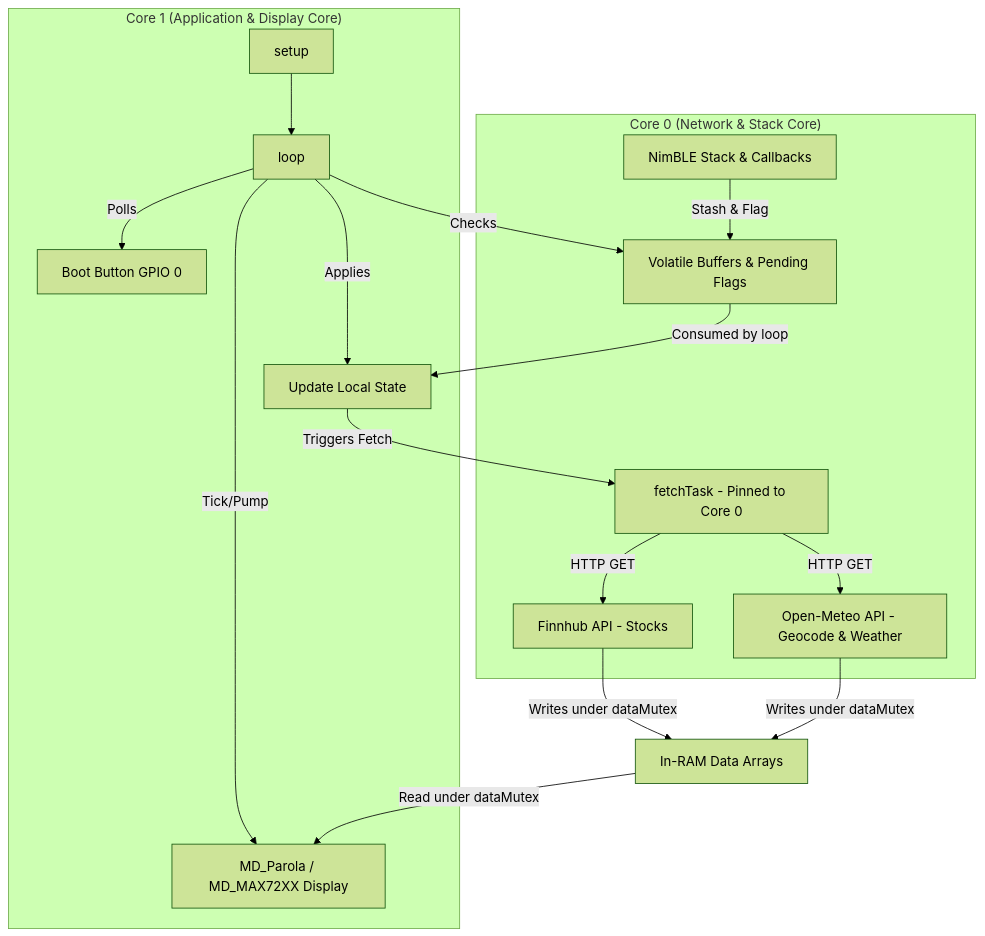
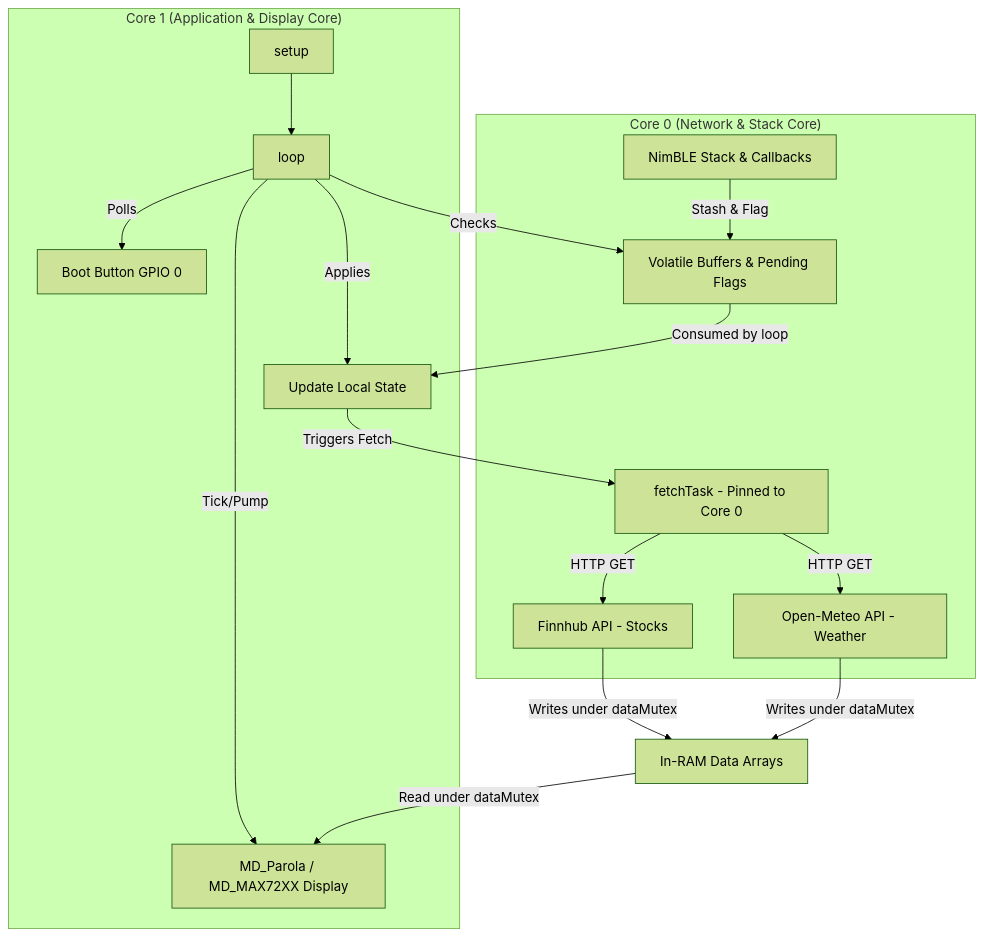
One commit to ssayala/led-ticker changed the first of 2 diagrams in firmware/FIRMWARE_GUIDE.md. Above: the diagram before and after it, drawn with Mermaid (forest theme). The commit also changed other lines of this file and 4 other files, not shown here.

````diff
--- a/firmware/FIRMWARE_GUIDE.md
+++ b/firmware/FIRMWARE_GUIDE.md
@@ -13,22 +13,22 @@
 ```mermaid
 graph TD
     subgraph Core0 ["Core 0 (Network & Stack Core)"]
         A[fetchTask - Pinned to Core 0] -->|HTTP GET| B1[Finnhub API - Stocks]
-        A -->|HTTP GET| B2[Open-Meteo API - Geocode & Weather]
+        A -->|HTTP GET| B2[Open-Meteo API - Weather]
         NimBLE[NimBLE Stack & Callbacks] -->|Stash & Flag| Pend[Volatile Buffers & Pending Flags]
     end
 
     subgraph Core1 ["Core 1 (Application & Display Core)"]
         Setup[setup] --> Loop[loop]
         Loop -->|Polls| Button[Boot Button GPIO 0]
         Loop -->|Checks| Pend
         Loop -->|Applies| State[Update Local State]
         Loop -->|Tick/Pump| Disp[MD_Parola / MD_MAX72XX Display]
     end
 
     Pend -->|Consumed by loop| State
     B1 -->|Writes under dataMutex| RAM[In-RAM Data Arrays]
     B2 -->|Writes under dataMutex| RAM
     RAM -->|Read under dataMutex| Disp
     State -->|Triggers Fetch| A
 ```
````
